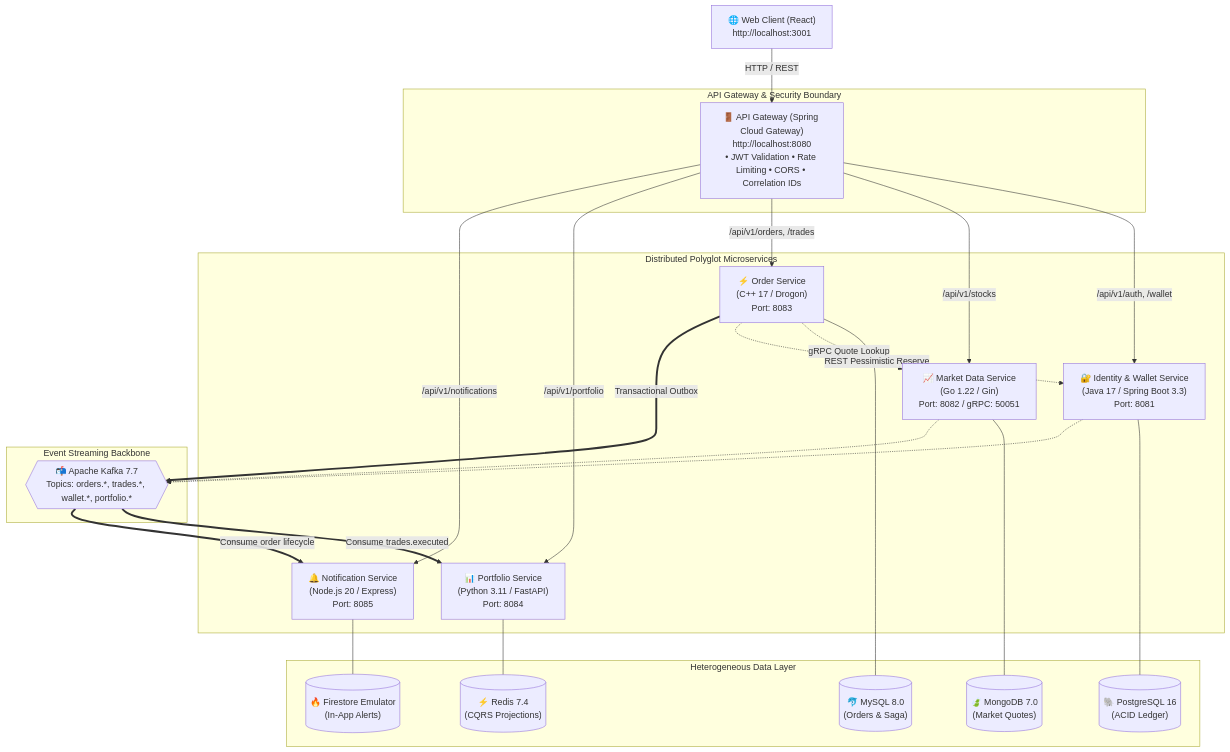
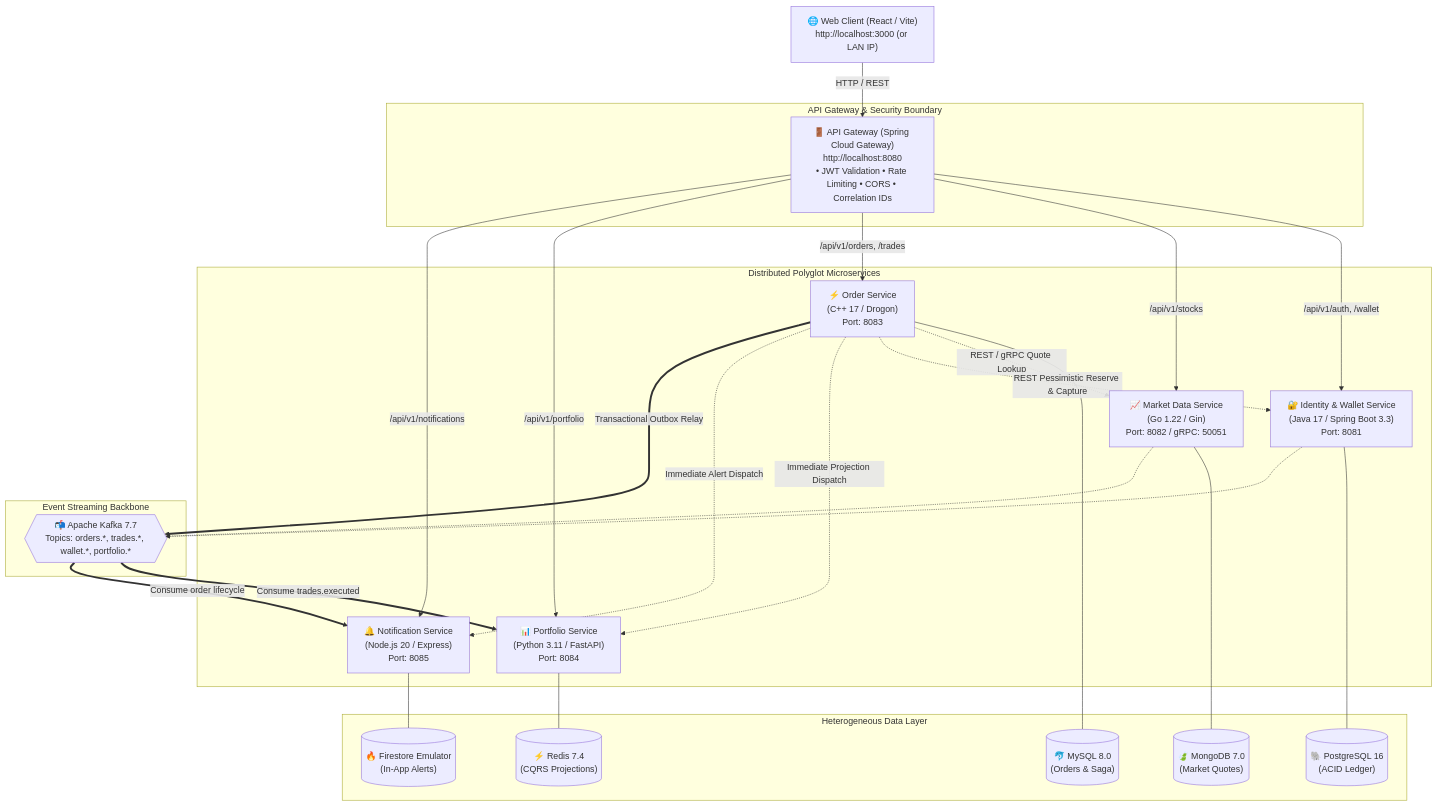
The first of 2 diagrams in docs/architecture.md (jenilsoni01/stock-trading-platform), drawn with Mermaid before and after one commit. The commit also changed 2 other files, not shown here.

Commit message:
docs(architecture): update all architecture diagrams with dual-dispatch, self-contained databases per node, and multi-PC topology

````diff
--- a/docs/architecture.md
+++ b/docs/architecture.md
@@ -11,50 +11,52 @@
 ```mermaid
 flowchart TD
-    Client["🌐 Web Client (React)<br/>http://localhost:3001"]
+    Client["🌐 Web Client (React / Vite)<br/>http://localhost:3000 (or LAN IP)"]
     
     subgraph GatewayLayer ["API Gateway & Security Boundary"]
         Gateway["🚪 API Gateway (Spring Cloud Gateway)<br/>http://localhost:8080<br/>• JWT Validation • Rate Limiting • CORS • Correlation IDs"]
     end
 
     subgraph Microservices ["Distributed Polyglot Microservices"]
         Identity["🔐 Identity & Wallet Service<br/>(Java 17 / Spring Boot 3.3)<br/>Port: 8081"]
         Market["📈 Market Data Service<br/>(Go 1.22 / Gin)<br/>Port: 8082 / gRPC: 50051"]
         Order["⚡ Order Service<br/>(C++ 17 / Drogon)<br/>Port: 8083"]
         Portfolio["📊 Portfolio Service<br/>(Python 3.11 / FastAPI)<br/>Port: 8084"]
         Notification["🔔 Notification Service<br/>(Node.js 20 / Express)<br/>Port: 8085"]
     end
 
     subgraph DataStores ["Heterogeneous Data Layer"]
         Postgres[("🐘 PostgreSQL 16<br/>(ACID Ledger)")]
         MongoDB[("🍃 MongoDB 7.0<br/>(Market Quotes)")]
         MySQL[("🐬 MySQL 8.0<br/>(Orders & Saga)")]
         Redis[("⚡ Redis 7.4<br/>(CQRS Projections)")]
         Firestore[("🔥 Firestore Emulator<br/>(In-App Alerts)")]
     end
 
     subgraph EventBackbone ["Event Streaming Backbone"]
         Kafka{{"📬 Apache Kafka 7.7<br/>Topics: orders.*, trades.*, wallet.*, portfolio.*"}}
     end
 
     Client -->|HTTP / REST| Gateway
     Gateway -->|/api/v1/auth, /wallet| Identity
     Gateway -->|/api/v1/stocks| Market
     Gateway -->|/api/v1/orders, /trades| Order
     Gateway -->|/api/v1/portfolio| Portfolio
     Gateway -->|/api/v1/notifications| Notification
 
     Identity --- Postgres
     Market --- MongoDB
     Order --- MySQL
     Portfolio --- Redis
     Notification --- Firestore
 
-    Order -.->|gRPC Quote Lookup| Market
-    Order -.->|REST Pessimistic Reserve| Identity
+    Order -.->|REST / gRPC Quote Lookup| Market
+    Order -.->|REST Pessimistic Reserve & Capture| Identity
+    Order -.->|Immediate Projection Dispatch| Portfolio
+    Order -.->|Immediate Alert Dispatch| Notification
 
-    Order ==>|Transactional Outbox| Kafka
+    Order ==>|Transactional Outbox Relay| Kafka
     Identity -.-> Kafka
     Market -.-> Kafka
     Kafka ==>|Consume trades.executed| Portfolio
     Kafka ==>|Consume order lifecycle| Notification
 ```
````
